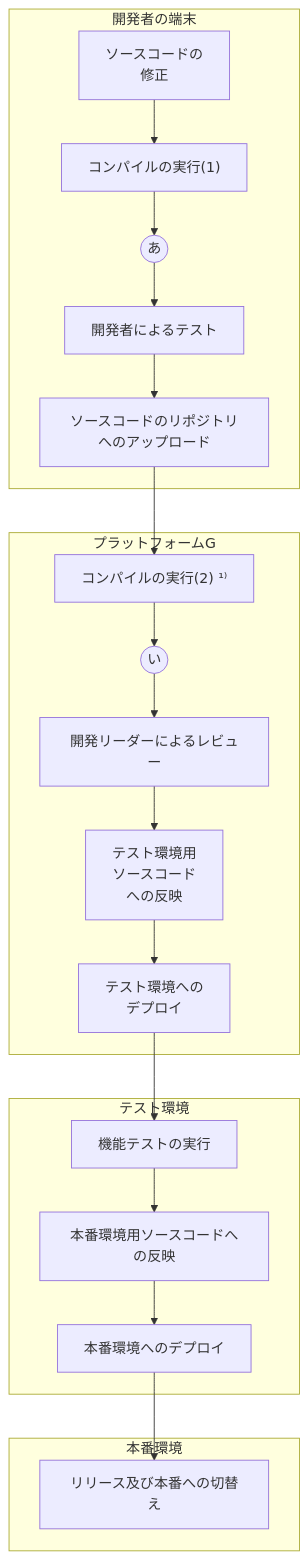
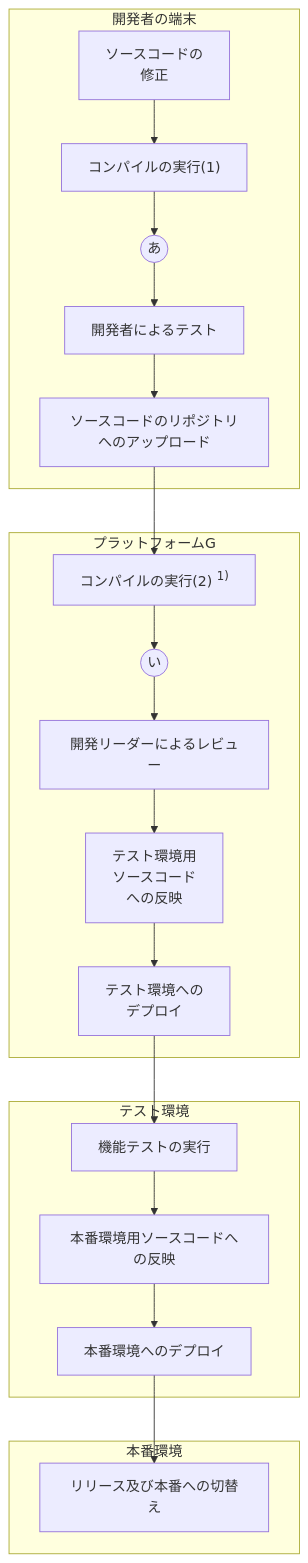
One commit to nominalrune/ipc_exam changed the second of 2 diagrams in SC/2025h/Q1.md. Above: the diagram before and after it, drawn with Mermaid. The commit also changed other lines of this file and 12 other files, not shown here.

````diff
--- a/SC/2025h/Q1.md
+++ b/SC/2025h/Q1.md
@@ -179,29 +179,29 @@
 ```mermaid
 graph TD
     subgraph 開発者の端末
         A1["ソースコードの<br>修正"] --> A2["コンパイルの実行(1)"]
         A2 --> あ((あ))
         あ --> A3["開発者によるテスト"]
         A3 --> A4["ソースコードのリポジトリへのアップロード"]
     end
 
     subgraph プラットフォームG
-        B1["コンパイルの実行(2) ¹⁾"] --> い((い))
+        B1["コンパイルの実行(2) <sup>1)</sup>"] --> い((い))
         い --> B2[開発リーダーによるレビュー]
         B2 --> B3[テスト環境用<br>ソースコード<br>への反映]
         B3 --> B4[テスト環境への<br>デプロイ]
     end
 
     subgraph テスト環境
         C1[機能テストの実行] --> C2[本番環境用ソースコードへの反映]
         C2 --> C3[本番環境へのデプロイ]
     end
 
     subgraph 本番環境
         D1[リリース及び本番への切替え]
     end
 
     A4 --> B1
     B4 --> C1
     C3 --> D1
 ```
````
